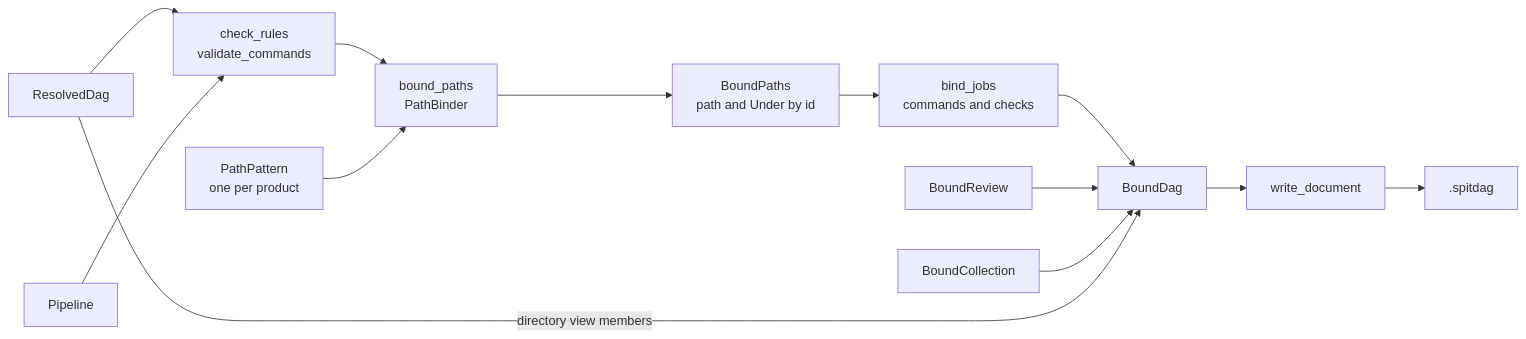
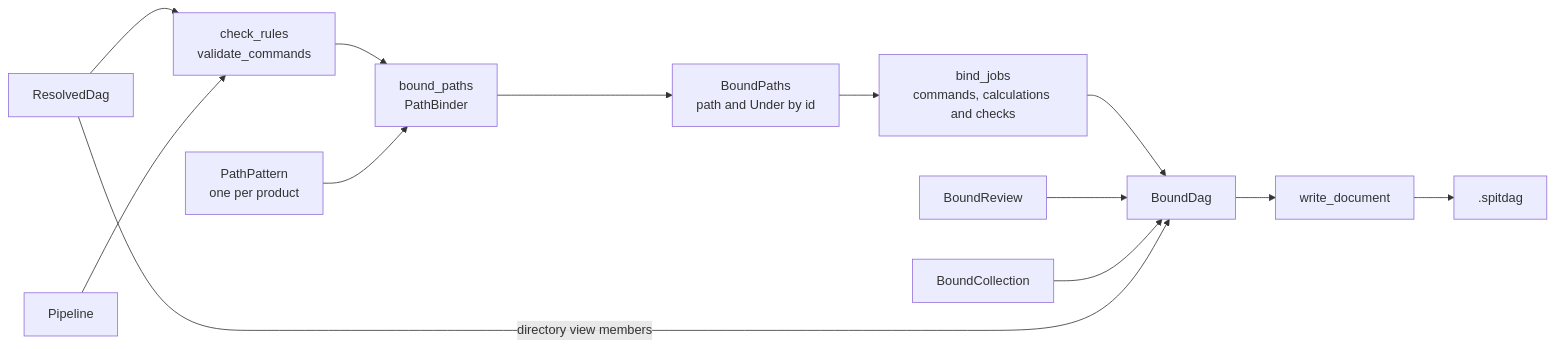
One commit to eclnz/spit changed the diagram in docs/architecture/binding.md. Above: the diagram before and after it, drawn with Mermaid. The commit also changed other lines of this file and 47 other files, not shown here.

````diff
--- a/docs/architecture/binding.md
+++ b/docs/architecture/binding.md
@@ -5,15 +5,15 @@
 ```mermaid
 flowchart LR
     dag["ResolvedDag"] --> rules["check_rules<br/>validate_commands"]
     pipeline["Pipeline"] --> rules
     rules --> paths["bound_paths<br/>PathBinder"]
     paths --> boundpaths["BoundPaths<br/>path and Under by id"]
     pattern["PathPattern<br/>one per product"] --> paths
-    boundpaths --> jobs["bind_jobs<br/>commands and checks"]
+    boundpaths --> jobs["bind_jobs<br/>commands, calculations and checks"]
     jobs --> bound["BoundDag"]
     reviews["BoundReview"] --> bound
     collections["BoundCollection"] --> bound
     dag -->|"directory view members"| bound
     bound --> write["write_document"]
     write --> file[".spitdag"]
 ```
````
